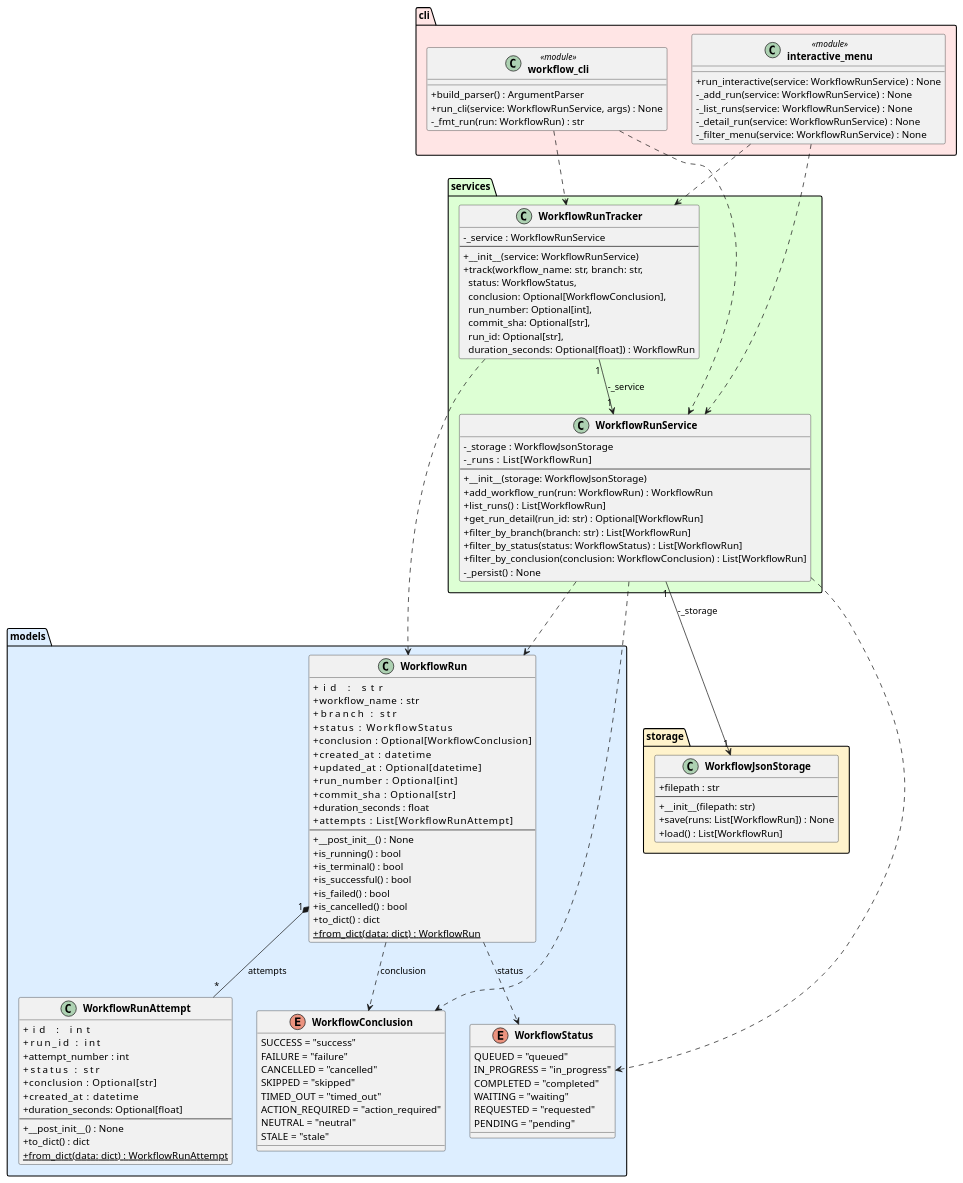
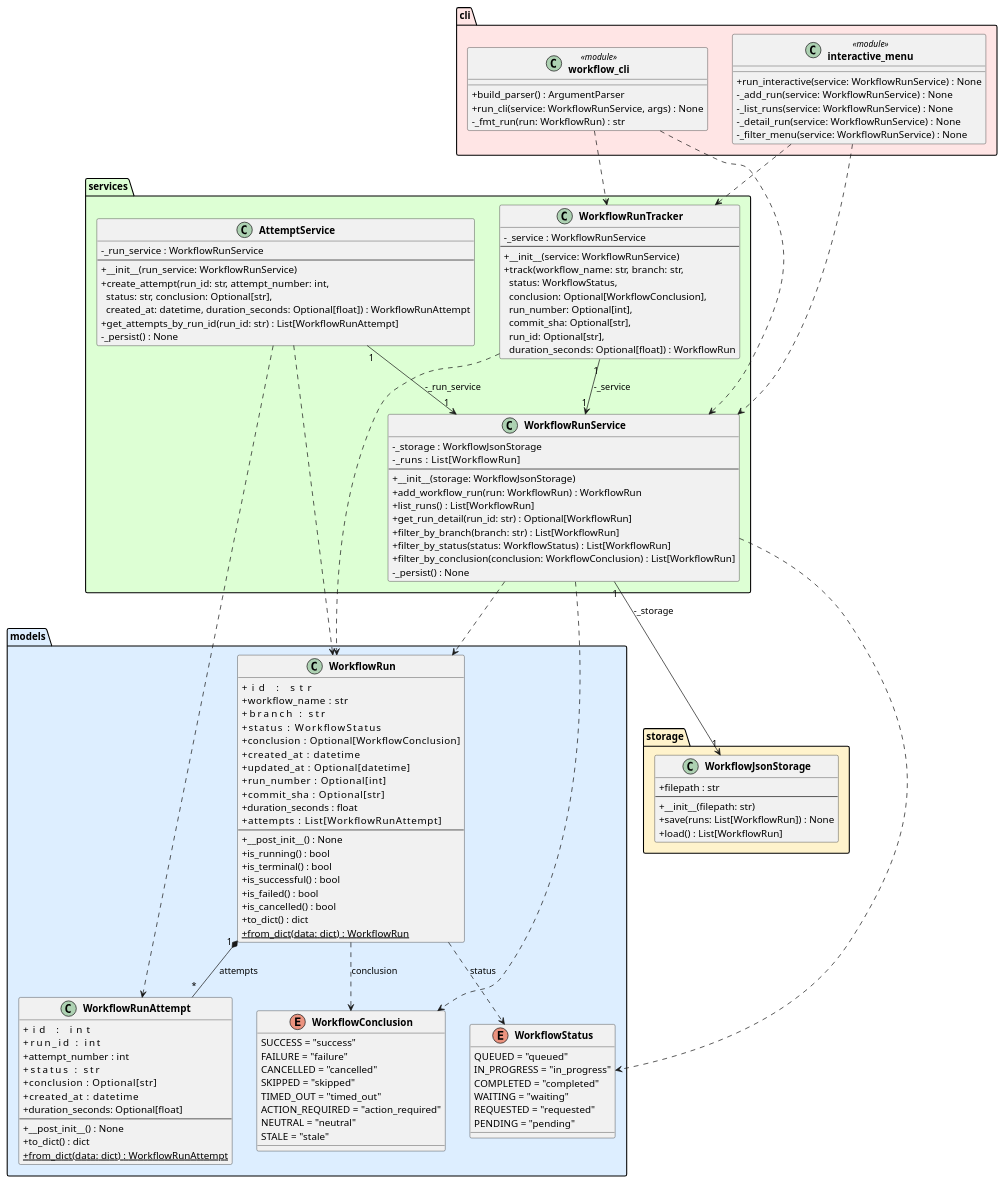
Before and after one commit to DanielRiha8906/Software_autoevolution_using_agents: the diagram in experiments/pipeline/structured_text/github-workflow-manager/artifacts/class_diagram.puml, drawn with PlantUML. The commit also changed 5 other files, not shown here.

```diff
--- a/experiments/pipeline/structured_text/github-workflow-manager/artifacts/class_diagram.puml
+++ b/experiments/pipeline/structured_text/github-workflow-manager/artifacts/class_diagram.puml
@@ -1,128 +1,140 @@
 @startuml class_diagram
 
 skinparam classAttributeIconSize 0
 skinparam classFontStyle bold
 
 package "models" #DDEEFF {
     enum WorkflowStatus {
         QUEUED = "queued"
         IN_PROGRESS = "in_progress"
         COMPLETED = "completed"
         WAITING = "waiting"
         REQUESTED = "requested"
         PENDING = "pending"
     }
 
     enum WorkflowConclusion {
         SUCCESS = "success"
         FAILURE = "failure"
         CANCELLED = "cancelled"
         SKIPPED = "skipped"
         TIMED_OUT = "timed_out"
         ACTION_REQUIRED = "action_required"
         NEUTRAL = "neutral"
         STALE = "stale"
     }
 
     class WorkflowRun {
         +id               : str
         +workflow_name    : str
         +branch           : str
         +status           : WorkflowStatus
         +conclusion       : Optional[WorkflowConclusion]
         +created_at       : datetime
         +updated_at       : Optional[datetime]
         +run_number       : Optional[int]
         +commit_sha       : Optional[str]
         +duration_seconds : float
         +attempts          : List[WorkflowRunAttempt]
         --
         +__post_init__() : None
         +is_running() : bool
         +is_terminal() : bool
         +is_successful() : bool
         +is_failed() : bool
         +is_cancelled() : bool
         +to_dict() : dict
         +{static} from_dict(data: dict) : WorkflowRun
     }
 
     class WorkflowRunAttempt {
         +id              : int
         +run_id          : int
         +attempt_number  : int
         +status          : str
         +conclusion      : Optional[str]
         +created_at      : datetime
         +duration_seconds: Optional[float]
         --
         +__post_init__() : None
         +to_dict() : dict
         +{static} from_dict(data: dict) : WorkflowRunAttempt
     }
 }
 
 package "storage" #FFF3CC {
     class WorkflowJsonStorage {
         +filepath : str
         --
         +__init__(filepath: str)
         +save(runs: List[WorkflowRun]) : None
         +load() : List[WorkflowRun]
     }
 }
 
 package "services" #DDFFD4 {
     class WorkflowRunService {
         -_storage : WorkflowJsonStorage
         -_runs    : List[WorkflowRun]
         --
         +__init__(storage: WorkflowJsonStorage)
         +add_workflow_run(run: WorkflowRun) : WorkflowRun
         +list_runs() : List[WorkflowRun]
         +get_run_detail(run_id: str) : Optional[WorkflowRun]
         +filter_by_branch(branch: str) : List[WorkflowRun]
         +filter_by_status(status: WorkflowStatus) : List[WorkflowRun]
         +filter_by_conclusion(conclusion: WorkflowConclusion) : List[WorkflowRun]
         -_persist() : None
     }
 
     class WorkflowRunTracker {
         -_service : WorkflowRunService
         --
         +__init__(service: WorkflowRunService)
         +track(workflow_name: str, branch: str,\n  status: WorkflowStatus,\n  conclusion: Optional[WorkflowConclusion],\n  run_number: Optional[int],\n  commit_sha: Optional[str],\n  run_id: Optional[str],\n  duration_seconds: Optional[float]) : WorkflowRun
     }
+
+    class AttemptService {
+        -_run_service : WorkflowRunService
+        --
+        +__init__(run_service: WorkflowRunService)
+        +create_attempt(run_id: str, attempt_number: int,\n  status: str, conclusion: Optional[str],\n  created_at: datetime, duration_seconds: Optional[float]) : WorkflowRunAttempt
+        +get_attempts_by_run_id(run_id: str) : List[WorkflowRunAttempt]
+        -_persist() : None
+    }
 }
 
 package "cli" #FFE5E5 {
     class "workflow_cli" <<module>> {
         +build_parser() : ArgumentParser
         +run_cli(service: WorkflowRunService, args) : None
         -_fmt_run(run: WorkflowRun) : str
     }
 
     class "interactive_menu" <<module>> {
         +run_interactive(service: WorkflowRunService) : None
         -_add_run(service: WorkflowRunService) : None
         -_list_runs(service: WorkflowRunService) : None
         -_detail_run(service: WorkflowRunService) : None
         -_filter_menu(service: WorkflowRunService) : None
     }
 }
 
 WorkflowRun                ..>  WorkflowStatus        : status
 WorkflowRun                ..>  WorkflowConclusion    : conclusion
 WorkflowRun          "1" *-- "*" WorkflowRunAttempt   : attempts
 WorkflowRunService    "1" --> "1" WorkflowJsonStorage : -_storage
 WorkflowRunService         ..>  WorkflowRun
 WorkflowRunService         ..>  WorkflowStatus
 WorkflowRunService         ..>  WorkflowConclusion
 WorkflowRunTracker    "1" --> "1" WorkflowRunService  : -_service
 WorkflowRunTracker         ..>  WorkflowRun
+AttemptService       "1" --> "1" WorkflowRunService  : -_run_service
+AttemptService            ..>  WorkflowRunAttempt
+AttemptService            ..>  WorkflowRun
 "workflow_cli"             ..>  WorkflowRunService
 "workflow_cli"             ..>  WorkflowRunTracker
 "interactive_menu"         ..>  WorkflowRunService
 "interactive_menu"         ..>  WorkflowRunTracker
 
 @enduml
```
